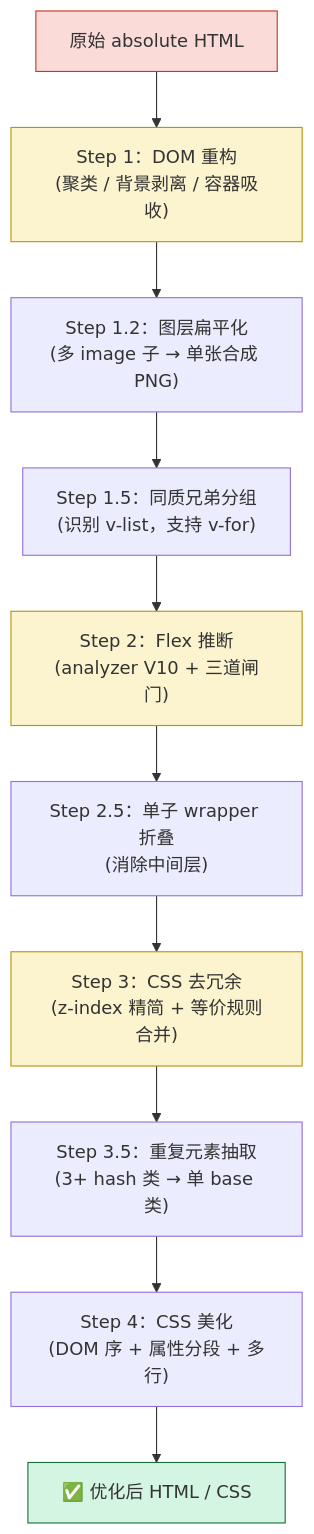
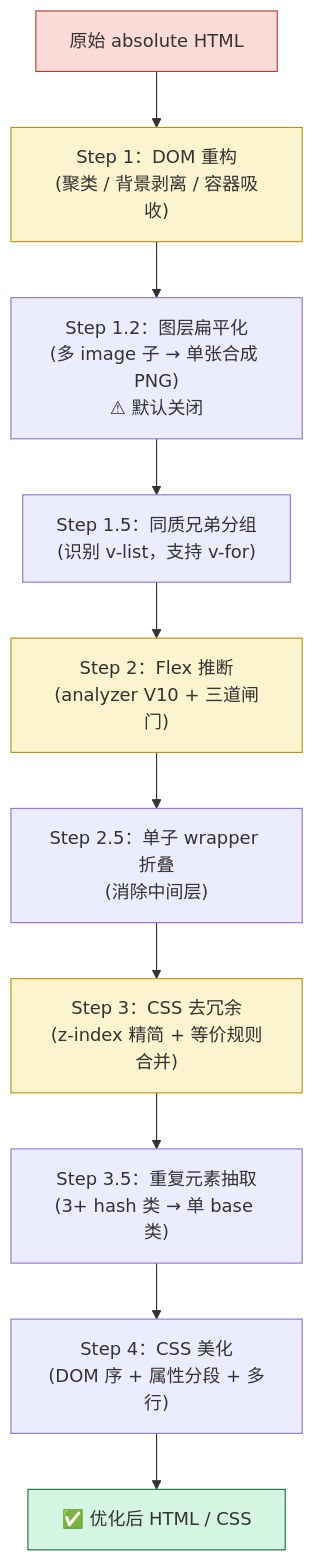
Before and after one commit to miaowmiaow/psd2code: the second of 2 diagrams in README.md, drawn with Mermaid. The commit also changed other lines of this file and 17 other files, not shown here.

````diff
--- a/README.md
+++ b/README.md
@@ -392,18 +406,18 @@
 ```mermaid
 flowchart TD
     A["原始 absolute HTML"] --> B["Step 1：DOM 重构<br/>(聚类 / 背景剥离 / 容器吸收)"]
-    B --> C["Step 1.2：图层扁平化<br/>(多 image 子 → 单张合成 PNG)"]
+    B --> C["Step 1.2：图层扁平化<br/>(多 image 子 → 单张合成 PNG)<br/>⚠ 默认关闭"]
     C --> D["Step 1.5：同质兄弟分组<br/>(识别 v-list，支持 v-for)"]
     D --> E["Step 2：Flex 推断<br/>(analyzer V10 + 三道闸门)"]
     E --> F["Step 2.5：单子 wrapper 折叠<br/>(消除中间层)"]
     F --> G["Step 3：CSS 去冗余<br/>(z-index 精简 + 等价规则合并)"]
     G --> G2["Step 3.5：重复元素抽取<br/>(3+ hash 类 → 单 base 类)"]
     G2 --> H["Step 4：CSS 美化<br/>(DOM 序 + 属性分段 + 多行)"]
     H --> I["✅ 优化后 HTML / CSS"]
 
     style A fill:#fadbd8,stroke:#c0392b
     style I fill:#d5f5e3,stroke:#196f3d
     style B fill:#fcf3cf,stroke:#b7950b
     style E fill:#fcf3cf,stroke:#b7950b
     style G fill:#fcf3cf,stroke:#b7950b
 ```
````
